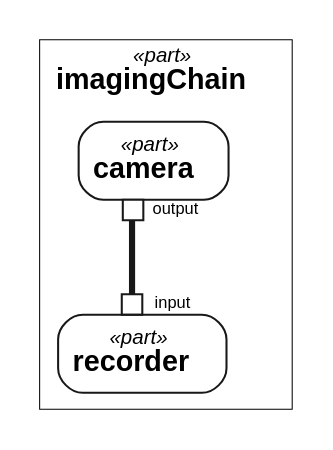
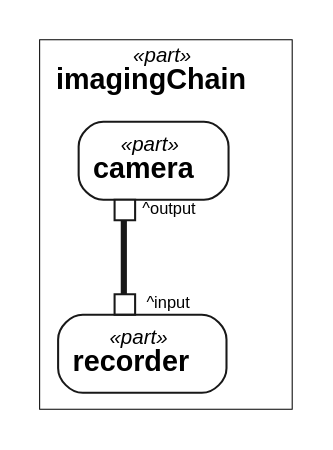
One commit to Open-MBEE/OpenSysML changed the first of 2 diagrams in internal/doc/docrender/testdata/telescope_report.dot.golden.md. Above: the diagram before and after it, drawn with Graphviz. The commit also changed 192 other files, not shown here.

````diff
--- a/internal/doc/docrender/testdata/telescope_report.dot.golden.md
+++ b/internal/doc/docrender/testdata/telescope_report.dot.golden.md
@@ -83,20 +83,20 @@
 ```dot
 // view: Observatory::interconnectView
 // kind: interconnection
 // stated: render asInterconnectionDiagram
 // layout: dot
 digraph "Observatory::interconnectView" {
   graph [fontname="Helvetica"];
   node [shape=box, style=filled, fillcolor=white, color="#181818", fontname="Helvetica", fontsize=14, penwidth=0.5];
   edge [color="#181818", fontname="Helvetica", fontsize=13, penwidth=1];
   subgraph "cluster_n0" {
     label=<<font point-size="10"><i>«part»</i></font><br/><b>imagingChain</b>>;
     color=black;
     penwidth=0.5;
     "n0" [shape=point, style=invis, width=0, height=0, label=""];
-    "n1" [shape=plain, label=<<table border="0" cellborder="0" cellspacing="0" cellpadding="0"><tr><td colspan="4"><table border="1" cellborder="0" cellspacing="0" cellpadding="6" style="rounded"><tr><td><font point-size="10"><i>«part»</i></font><br/><b>camera</b></td></tr></table></td></tr><tr><td></td><td port="n1.0" border="1" fixedsize="true" width="10" height="10" bgcolor="white"></td><td align="left"><font point-size="8">output</font></td><td></td></tr></table>>];
-    "n2" [shape=plain, label=<<table border="0" cellborder="0" cellspacing="0" cellpadding="0"><tr><td></td><td port="n2.0" border="1" fixedsize="true" width="10" height="10" bgcolor="white"></td><td align="left"><font point-size="8">input</font></td><td></td></tr><tr><td colspan="4"><table border="1" cellborder="0" cellspacing="0" cellpadding="6" style="rounded"><tr><td><font point-size="10"><i>«part»</i></font><br/><b>recorder</b></td></tr></table></td></tr></table>>];
+    "n1" [shape=plain, label=<<table border="0" cellborder="0" cellspacing="0" cellpadding="0"><tr><td colspan="4"><table border="1" cellborder="0" cellspacing="0" cellpadding="6" style="rounded"><tr><td><font point-size="10"><i>«part»</i></font><br/><b>camera</b></td></tr></table></td></tr><tr><td></td><td port="n1.0" border="1" fixedsize="true" width="10" height="10" bgcolor="white"></td><td align="left"><font point-size="8">^output</font></td><td></td></tr></table>>];
+    "n2" [shape=plain, label=<<table border="0" cellborder="0" cellspacing="0" cellpadding="0"><tr><td></td><td port="n2.0" border="1" fixedsize="true" width="10" height="10" bgcolor="white"></td><td align="left"><font point-size="8">^input</font></td><td></td></tr><tr><td colspan="4"><table border="1" cellborder="0" cellspacing="0" cellpadding="6" style="rounded"><tr><td><font point-size="10"><i>«part»</i></font><br/><b>recorder</b></td></tr></table></td></tr></table>>];
   }
   "n1":"n1.0" -> "n2":"n2.0" [arrowhead=none, penwidth=3];
 }
 ```
````
